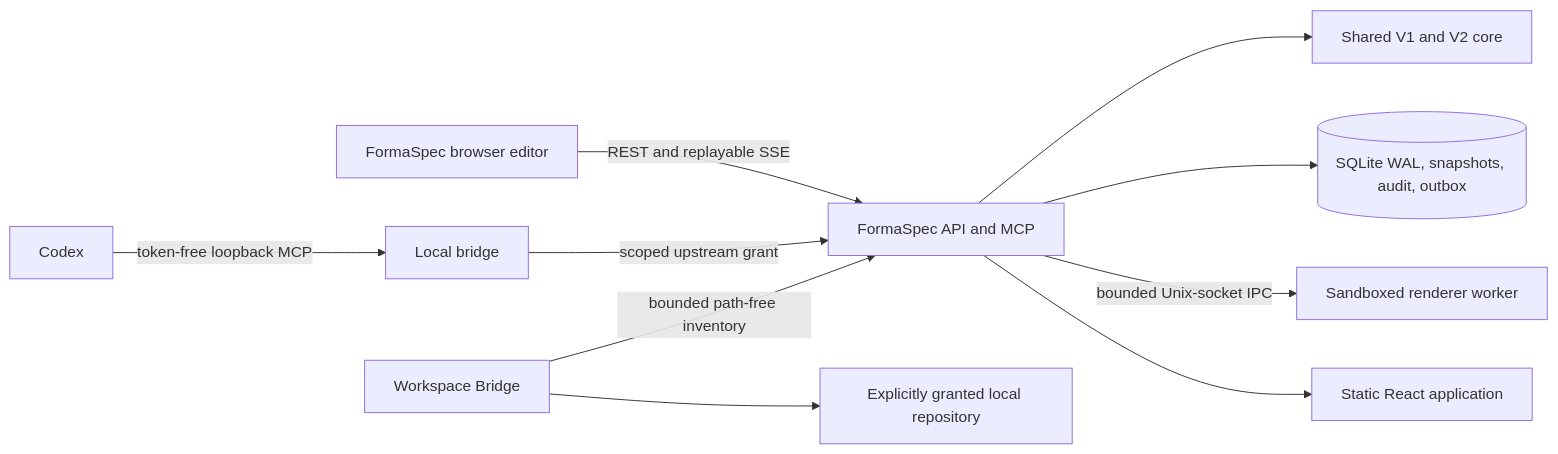
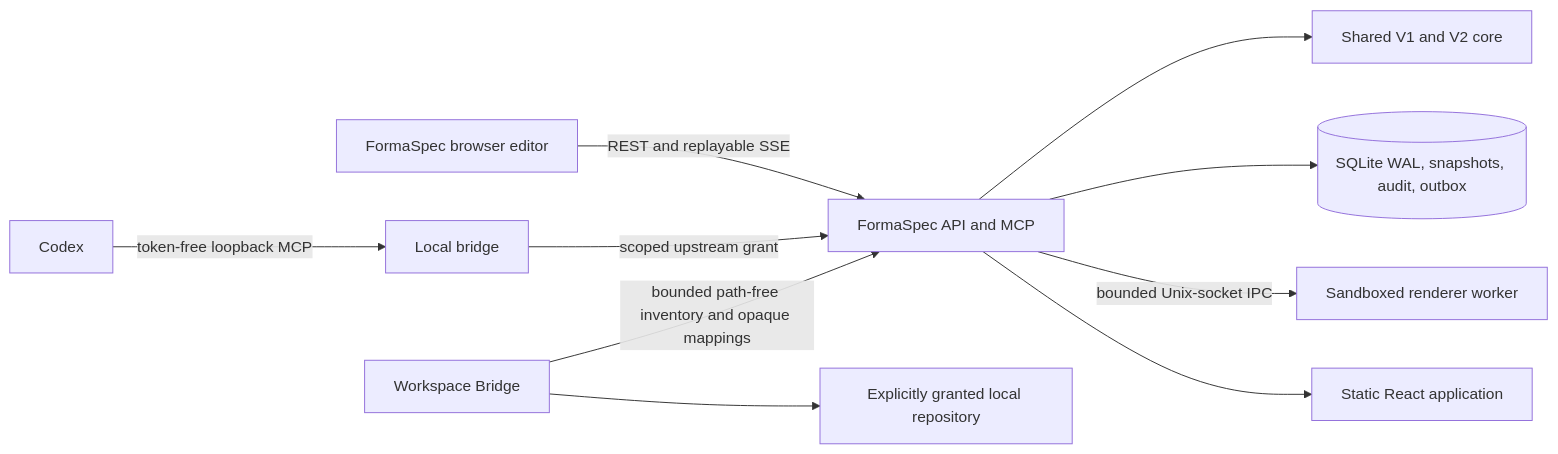
One commit to mahdizareeii/minimal-designer changed the first of 2 diagrams in docs/architecture.md. Above: the diagram before and after it, drawn with Mermaid. The commit also changed other lines of this file and 244 other files, not shown here.

````diff
--- a/docs/architecture.md
+++ b/docs/architecture.md
@@ -26,12 +26,12 @@
 ```mermaid
 flowchart LR
     B["FormaSpec browser editor"] -->|REST and replayable SSE| A["FormaSpec API and MCP"]
     C["Codex"] -->|token-free loopback MCP| L["Local bridge"]
     L -->|scoped upstream grant| A
     A --> K["Shared V1 and V2 core"]
     A --> D[("SQLite WAL, snapshots, audit, outbox")]
     A -->|bounded Unix-socket IPC| R["Sandboxed renderer worker"]
     A --> F["Static React application"]
-    W["Workspace Bridge"] -->|bounded path-free inventory| A
+    W["Workspace Bridge"] -->|bounded path-free inventory and opaque mappings| A
     W --> Q["Explicitly granted local repository"]
 ```
````
